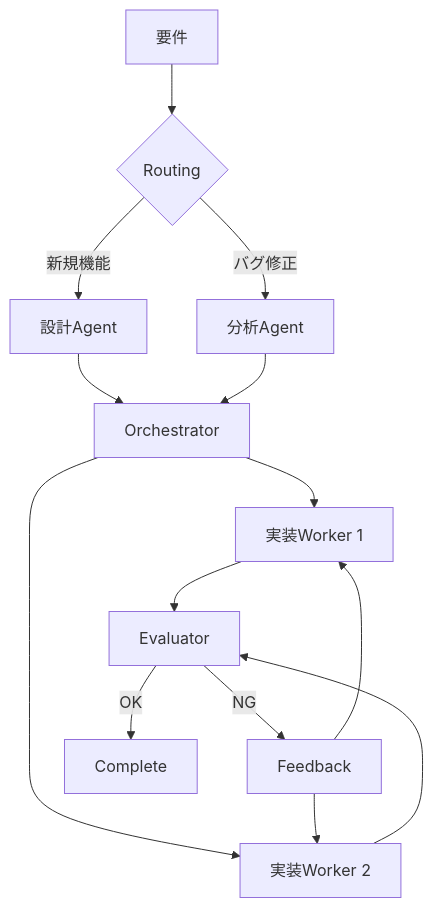
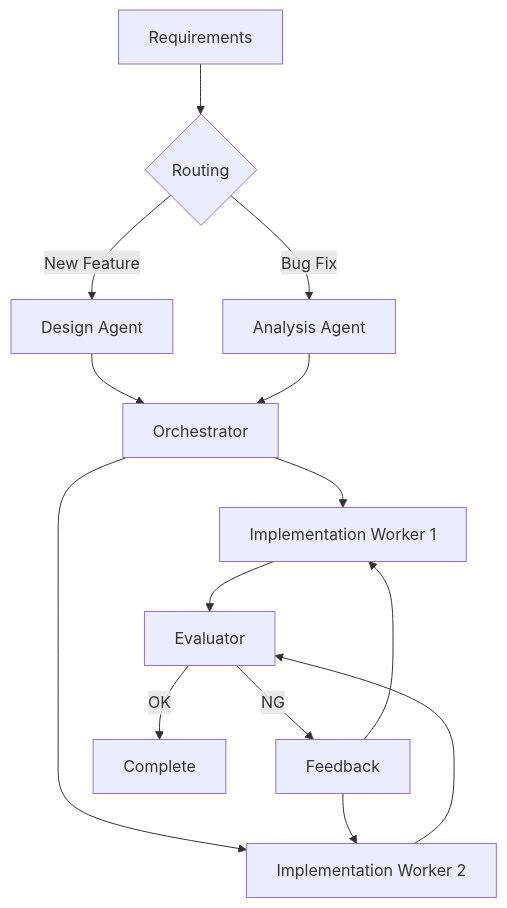
The sixth of 6 diagrams in agentic-workflow-guide/references/workflow-patterns.md (aktsmm/Agent-Skills), drawn with Mermaid before and after one commit. The commit also changed other lines of this file and 5 other files, not shown here.

````diff
--- a/agentic-workflow-guide/references/workflow-patterns.md
+++ b/agentic-workflow-guide/references/workflow-patterns.md
@@ -252,16 +252,16 @@
 ```mermaid
 graph TD
-    A[要件] --> B{Routing}
-    B -->|新規機能| C[設計Agent]
-    B -->|バグ修正| D[分析Agent]
+    A[Requirements] --> B{Routing}
+    B -->|New Feature| C[Design Agent]
+    B -->|Bug Fix| D[Analysis Agent]
     C --> E[Orchestrator]
     D --> E
-    E --> F[実装Worker 1]
-    E --> G[実装Worker 2]
+    E --> F[Implementation Worker 1]
+    E --> G[Implementation Worker 2]
     F --> H[Evaluator]
     G --> H
     H -->|NG| I[Feedback]
     I --> F
     I --> G
     H -->|OK| J[Complete]
 ```
````
